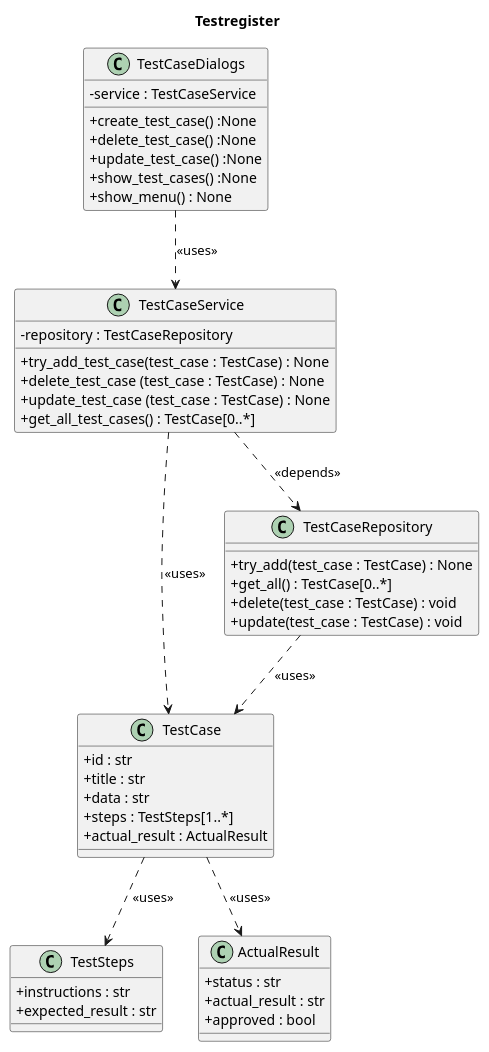
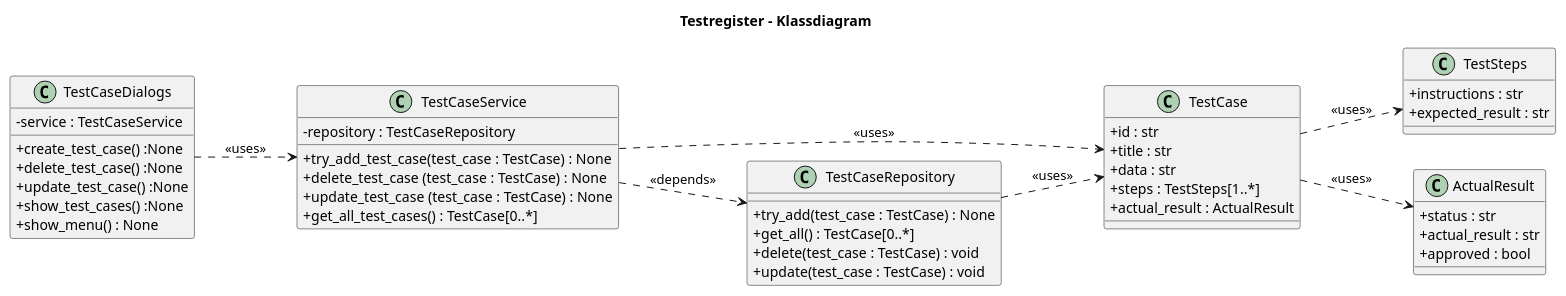
The diagram in diagrams/class_diagram.puml (Mikaela-Mattsson/python-test-case-app), drawn with PlantUML before and after one commit. The commit also changed 2 other files, not shown here.

```diff
--- a/diagrams/class_diagram.puml
+++ b/diagrams/class_diagram.puml
@@ -1,56 +1,57 @@
 @startuml classdiagram
-title Testregister
+left to right direction
+title Testregister - Klassdiagram
 
 skinparam classAttributeIconSize 0
 
 class TestCase {
     +id : str
     +title : str
     +data : str
     +steps : TestSteps[1..*]
     +actual_result : ActualResult
 }
 
 class TestSteps {
     +instructions : str
     +expected_result : str
 }
 
 class ActualResult {
     +status : str
     +actual_result : str
     +approved : bool
 }
 
 class TestCaseService {
     -repository : TestCaseRepository
     +try_add_test_case(test_case : TestCase) : None
     +delete_test_case (test_case : TestCase) : None
     +update_test_case (test_case : TestCase) : None
     +get_all_test_cases() : TestCase[0..*]
 }
 
 class TestCaseRepository {
     +try_add(test_case : TestCase) : None
     +get_all() : TestCase[0..*]
     +delete(test_case : TestCase) : void
     +update(test_case : TestCase) : void
 }
 
 class TestCaseDialogs {
     -service : TestCaseService
     +create_test_case() :None
     +delete_test_case() :None
     +update_test_case() :None
     +show_test_cases() :None
     +show_menu() : None
 }
 
 TestCase ..> TestSteps: <<uses>>
 TestCase ..> ActualResult: <<uses>>
 TestCaseService ..> TestCase: <<uses>>
 TestCaseRepository ..> TestCase: <<uses>>
 TestCaseService ..> TestCaseRepository: <<depends>>
 TestCaseDialogs ..> TestCaseService : <<uses>>
 
 @enduml
```
